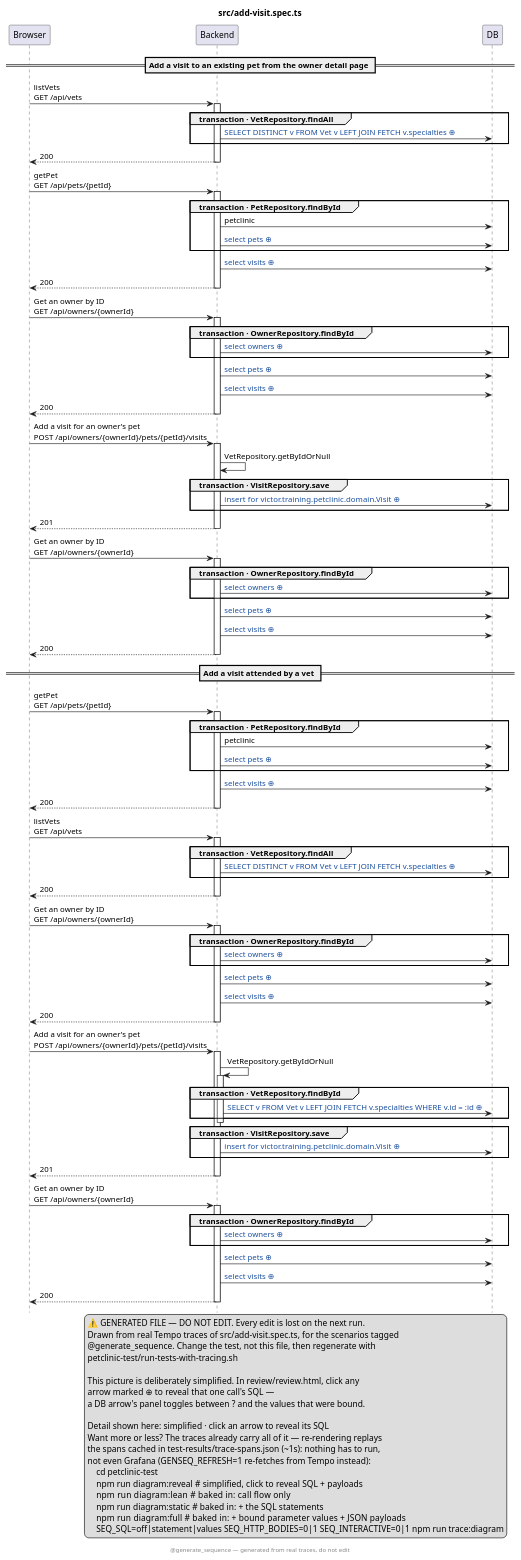
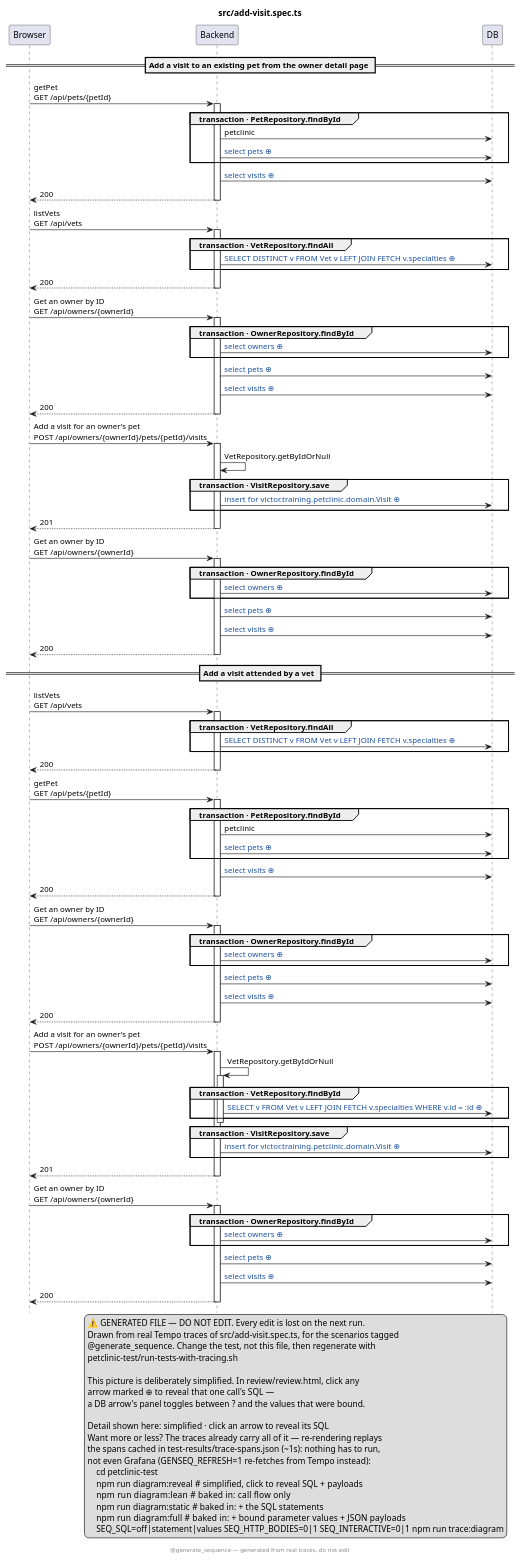
One commit to victorrentea/petclinic changed the diagram in petclinic-test/src/add-visit.spec.ts.genseq.puml. Above: the diagram before and after it, drawn with PlantUML. The commit also changed 4 other files, not shown here.

```diff
--- a/petclinic-test/src/add-visit.spec.ts.genseq.puml
+++ b/petclinic-test/src/add-visit.spec.ts.genseq.puml
@@ -1,123 +1,123 @@
 @startuml
 ' ⚠️  GENERATED FILE — DO NOT EDIT. Every edit is lost on the next run.
 hide footbox
 skinparam hyperlinkUnderline false
 skinparam hyperlinkColor #1A4FA0
 title src/add-visit.spec.ts
 legend right
   ⚠️  GENERATED FILE — DO NOT EDIT. Every edit is lost on the next run.
   Drawn from real Tempo traces of src/add-visit.spec.ts, for the scenarios tagged
   @generate_sequence. Change the test, not this file, then regenerate with
   petclinic-test/run-tests-with-tracing.sh
  
   This picture is deliberately simplified. In review/review.html, click any
   arrow marked ⊕ to reveal that one call's SQL —
   a DB arrow's panel toggles between ? and the values that were bound.
  
   Detail shown here: simplified · click an arrow to reveal its SQL
   Want more or less? The traces already carry all of it — re-rendering replays
   the spans cached in test-results/trace-spans.json (~1s): nothing has to run,
   not even Grafana (GENSEQ_REFRESH=1 re-fetches from Tempo instead):
       cd petclinic-test
       npm run diagram:reveal  # simplified, click to reveal SQL + payloads
       npm run diagram:lean    # baked in: call flow only
       npm run diagram:static  # baked in: + the SQL statements
       npm run diagram:full    # baked in: + bound parameter values + JSON payloads
       SEQ_SQL=off|statement|values SEQ_HTTP_BODIES=0|1 SEQ_INTERACTIVE=0|1 npm run trace:diagram
 end legend
 footer @generate_sequence — generated from real traces, do not edit
 participant Browser
 participant Backend
 participant DB
 == Add a visit to an existing pet from the owner detail page ==
+Browser -> Backend: getPet\nGET /api/pets/{petId}
+activate Backend
+group transaction · PetRepository.findById
+Backend -> DB: petclinic
+Backend -> DB: [[genseq://0jw0huv{Click for the statement behind this call} select pets ⊕]]
+end
+Backend -> DB: [[genseq://1bcshtp{Click for the statement behind this call} select visits ⊕]]
+Backend --> Browser: 200
+deactivate Backend
+Browser -> Backend: listVets\nGET /api/vets
+activate Backend
+group transaction · VetRepository.findAll
+Backend -> DB: [[genseq://0p6yxbc{Click for the statement behind this call} SELECT DISTINCT v FROM Vet v LEFT JOIN FETCH v.specialties ⊕]]
+end
+Backend --> Browser: 200
+deactivate Backend
+Browser -> Backend: Get an owner by ID\nGET /api/owners/{ownerId}
+activate Backend
+group transaction · OwnerRepository.findById
+Backend -> DB: [[genseq://0totfe9{Click for the statement behind this call} select owners ⊕]]
+end
+Backend -> DB: [[genseq://1hjadar{Click for the statement behind this call} select pets ⊕]]
+Backend -> DB: [[genseq://1bcshtp{Click for the statement behind this call} select visits ⊕]]
+Backend --> Browser: 200
+deactivate Backend
+Browser -> Backend: Add a visit for an owner's pet\nPOST /api/owners/{ownerId}/pets/{petId}/visits
+activate Backend
+Backend -> Backend: VetRepository.getByIdOrNull
+group transaction · VisitRepository.save
+Backend -> DB: [[genseq://1c1k1r4{Click for the statement behind this call} insert for victor.training.petclinic.domain.Visit ⊕]]
+end
+Backend --> Browser: 201
+deactivate Backend
+Browser -> Backend: Get an owner by ID\nGET /api/owners/{ownerId}
+activate Backend
+group transaction · OwnerRepository.findById
+Backend -> DB: [[genseq://0totfe9{Click for the statement behind this call} select owners ⊕]]
+end
+Backend -> DB: [[genseq://1hjadar{Click for the statement behind this call} select pets ⊕]]
+Backend -> DB: [[genseq://1bcshtp{Click for the statement behind this call} select visits ⊕]]
+Backend --> Browser: 200
+deactivate Backend
+== Add a visit attended by a vet ==
 Browser -> Backend: listVets\nGET /api/vets
 activate Backend
 group transaction · VetRepository.findAll
 Backend -> DB: [[genseq://0p6yxbc{Click for the statement behind this call} SELECT DISTINCT v FROM Vet v LEFT JOIN FETCH v.specialties ⊕]]
 end
 Backend --> Browser: 200
 deactivate Backend
 Browser -> Backend: getPet\nGET /api/pets/{petId}
 activate Backend
 group transaction · PetRepository.findById
 Backend -> DB: petclinic
 Backend -> DB: [[genseq://0jw0huv{Click for the statement behind this call} select pets ⊕]]
 end
 Backend -> DB: [[genseq://1bcshtp{Click for the statement behind this call} select visits ⊕]]
 Backend --> Browser: 200
 deactivate Backend
 Browser -> Backend: Get an owner by ID\nGET /api/owners/{ownerId}
 activate Backend
 group transaction · OwnerRepository.findById
 Backend -> DB: [[genseq://0totfe9{Click for the statement behind this call} select owners ⊕]]
 end
 Backend -> DB: [[genseq://1hjadar{Click for the statement behind this call} select pets ⊕]]
 Backend -> DB: [[genseq://1bcshtp{Click for the statement behind this call} select visits ⊕]]
 Backend --> Browser: 200
 deactivate Backend
 Browser -> Backend: Add a visit for an owner's pet\nPOST /api/owners/{ownerId}/pets/{petId}/visits
 activate Backend
 Backend -> Backend: VetRepository.getByIdOrNull
-group transaction · VisitRepository.save
-Backend -> DB: [[genseq://1oudb53{Click for the statement behind this call} insert for victor.training.petclinic.domain.Visit ⊕]]
-end
-Backend --> Browser: 201
-deactivate Backend
-Browser -> Backend: Get an owner by ID\nGET /api/owners/{ownerId}
-activate Backend
-group transaction · OwnerRepository.findById
-Backend -> DB: [[genseq://0totfe9{Click for the statement behind this call} select owners ⊕]]
-end
-Backend -> DB: [[genseq://1hjadar{Click for the statement behind this call} select pets ⊕]]
-Backend -> DB: [[genseq://1bcshtp{Click for the statement behind this call} select visits ⊕]]
-Backend --> Browser: 200
-deactivate Backend
-== Add a visit attended by a vet ==
-Browser -> Backend: getPet\nGET /api/pets/{petId}
-activate Backend
-group transaction · PetRepository.findById
-Backend -> DB: petclinic
-Backend -> DB: [[genseq://0jw0huv{Click for the statement behind this call} select pets ⊕]]
-end
-Backend -> DB: [[genseq://1bcshtp{Click for the statement behind this call} select visits ⊕]]
-Backend --> Browser: 200
-deactivate Backend
-Browser -> Backend: listVets\nGET /api/vets
-activate Backend
-group transaction · VetRepository.findAll
-Backend -> DB: [[genseq://0p6yxbc{Click for the statement behind this call} SELECT DISTINCT v FROM Vet v LEFT JOIN FETCH v.specialties ⊕]]
-end
-Backend --> Browser: 200
-deactivate Backend
-Browser -> Backend: Get an owner by ID\nGET /api/owners/{ownerId}
-activate Backend
-group transaction · OwnerRepository.findById
-Backend -> DB: [[genseq://0totfe9{Click for the statement behind this call} select owners ⊕]]
-end
-Backend -> DB: [[genseq://1hjadar{Click for the statement behind this call} select pets ⊕]]
-Backend -> DB: [[genseq://1bcshtp{Click for the statement behind this call} select visits ⊕]]
-Backend --> Browser: 200
-deactivate Backend
-Browser -> Backend: Add a visit for an owner's pet\nPOST /api/owners/{ownerId}/pets/{petId}/visits
-activate Backend
-Backend -> Backend: VetRepository.getByIdOrNull
 activate Backend
 group transaction · VetRepository.findById
 Backend -> DB: [[genseq://0zykq1t{Click for the statement behind this call} SELECT v FROM Vet v LEFT JOIN FETCH v.specialties WHERE v.id = :id ⊕]]
 end
 deactivate Backend
 group transaction · VisitRepository.save
-Backend -> DB: [[genseq://0gm87qs{Click for the statement behind this call} insert for victor.training.petclinic.domain.Visit ⊕]]
+Backend -> DB: [[genseq://0rsu536{Click for the statement behind this call} insert for victor.training.petclinic.domain.Visit ⊕]]
 end
 Backend --> Browser: 201
 deactivate Backend
 Browser -> Backend: Get an owner by ID\nGET /api/owners/{ownerId}
 activate Backend
 group transaction · OwnerRepository.findById
 Backend -> DB: [[genseq://0totfe9{Click for the statement behind this call} select owners ⊕]]
 end
 Backend -> DB: [[genseq://1hjadar{Click for the statement behind this call} select pets ⊕]]
 Backend -> DB: [[genseq://1bcshtp{Click for the statement behind this call} select visits ⊕]]
 Backend --> Browser: 200
 deactivate Backend
 @enduml
```
